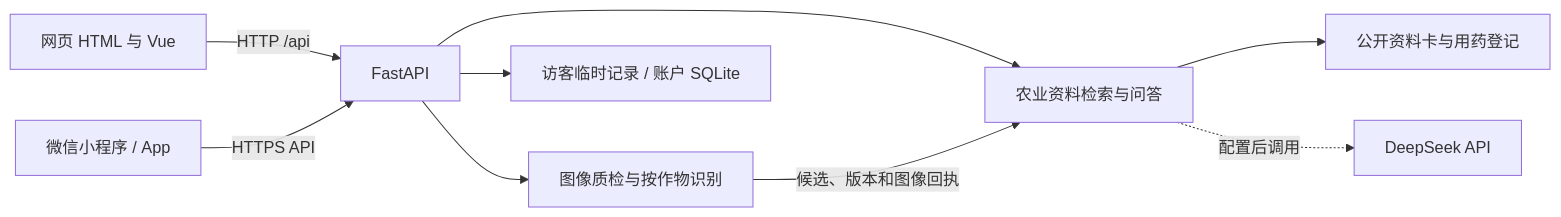
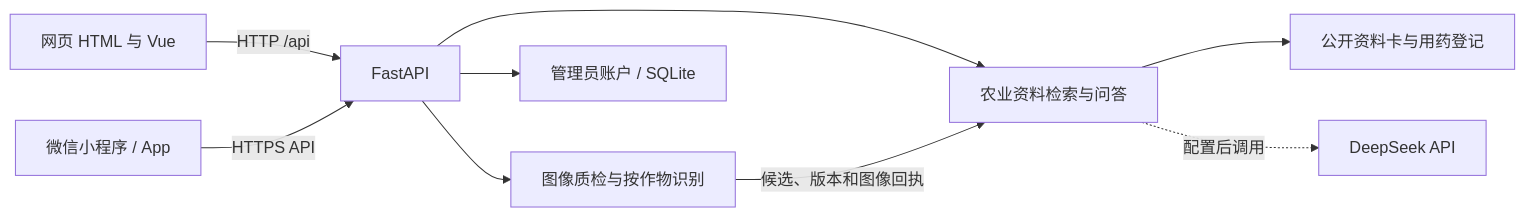
The diagram in docs/architecture.md (ChenZHIHAO-dev/AgriVision-system), drawn with Mermaid before and after one commit. The commit also changed other lines of this file and 30 other files, not shown here.

````diff
--- a/docs/architecture.md
+++ b/docs/architecture.md
@@ -7,11 +7,11 @@
 ```mermaid
 flowchart LR
     Web["网页 HTML 与 Vue"] -->|"HTTP /api"| API["FastAPI"]
     Mobile["微信小程序 / App"] -->|"HTTPS API"| API
     API --> Vision["图像质检与按作物识别"]
     API --> QA["农业资料检索与问答"]
-    API --> Records["访客临时记录 / 账户 SQLite"]
+    API --> Records["管理员账户 / SQLite"]
     Vision -->|"候选、版本和图像回执"| QA
     QA --> Cards["公开资料卡与用药登记"]
     QA -. "配置后调用" .-> DS["DeepSeek API"]
 ```
````
